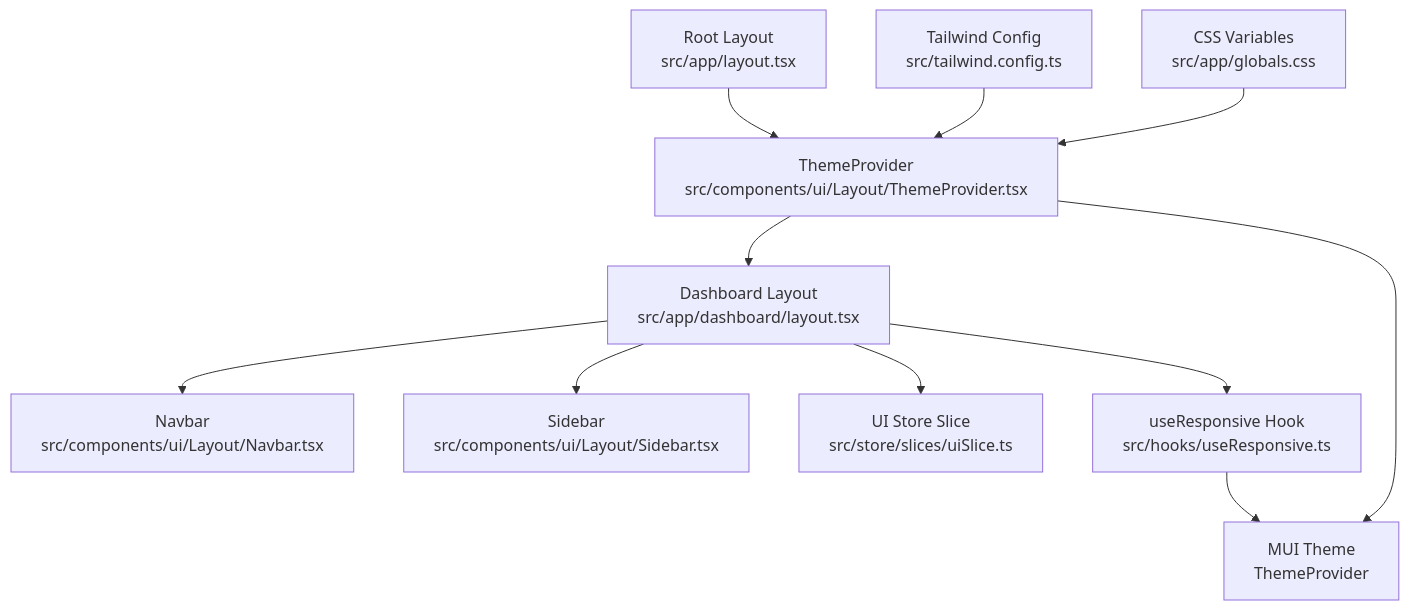
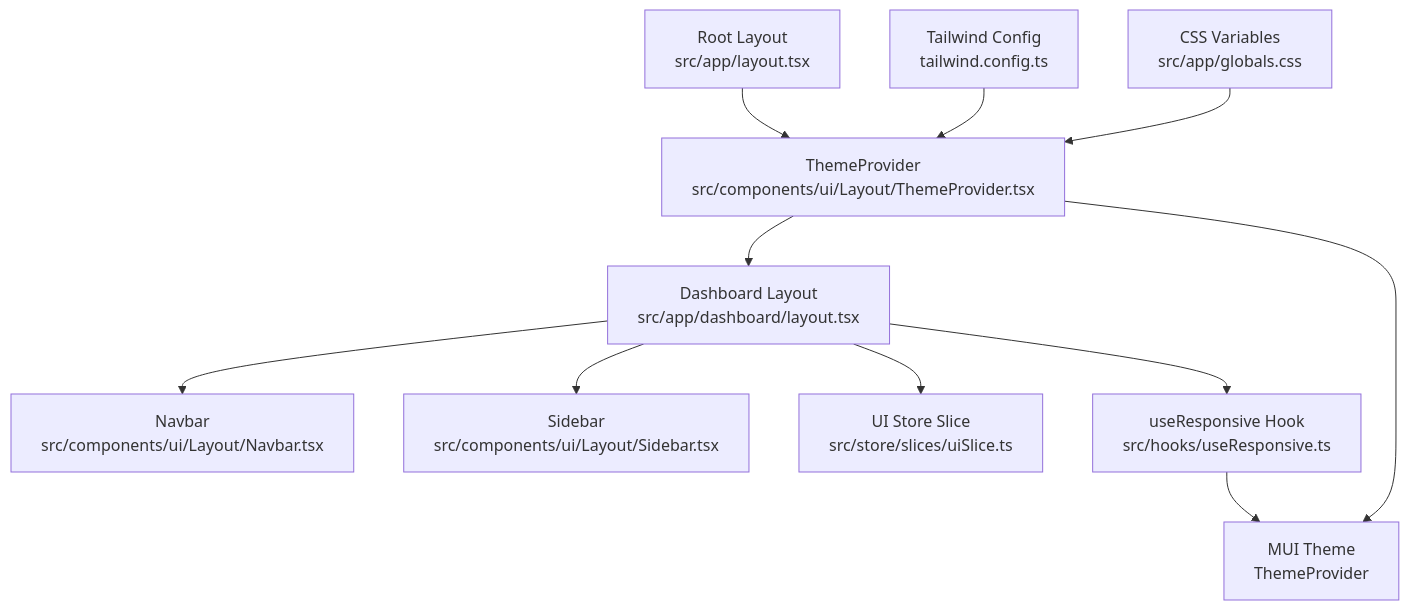
The first of 3 diagrams in .qoder/repowiki/en/content/Core Features/Mobile-Responsive UI.md (cacamarica/dashboard-ai), drawn with Mermaid before and after one commit. The commit also changed other lines of this file and 14 other files, not shown here.

````diff
--- a/.qoder/repowiki/en/content/Core Features/Mobile-Responsive UI.md
+++ b/.qoder/repowiki/en/content/Core Features/Mobile-Responsive UI.md
@@ -42,13 +50,13 @@
 ```mermaid
 graph TB
 RootLayout["Root Layout<br/>src/app/layout.tsx"] --> ThemeProvider["ThemeProvider<br/>src/components/ui/Layout/ThemeProvider.tsx"]
 ThemeProvider --> DashboardLayout["Dashboard Layout<br/>src/app/dashboard/layout.tsx"]
 DashboardLayout --> Navbar["Navbar<br/>src/components/ui/Layout/Navbar.tsx"]
 DashboardLayout --> Sidebar["Sidebar<br/>src/components/ui/Layout/Sidebar.tsx"]
 DashboardLayout --> UIStore["UI Store Slice<br/>src/store/slices/uiSlice.ts"]
 ThemeProvider --> MUITheme["MUI Theme<br/>ThemeProvider"]
 DashboardLayout --> ResponsiveHook["useResponsive Hook<br/>src/hooks/useResponsive.ts"]
 ResponsiveHook --> MUITheme
-Tailwind["Tailwind Config<br/>src/tailwind.config.ts"] --> ThemeProvider
+Tailwind["Tailwind Config<br/>tailwind.config.ts"] --> ThemeProvider
 CSSVars["CSS Variables<br/>src/app/globals.css"] --> ThemeProvider
 ```
````
